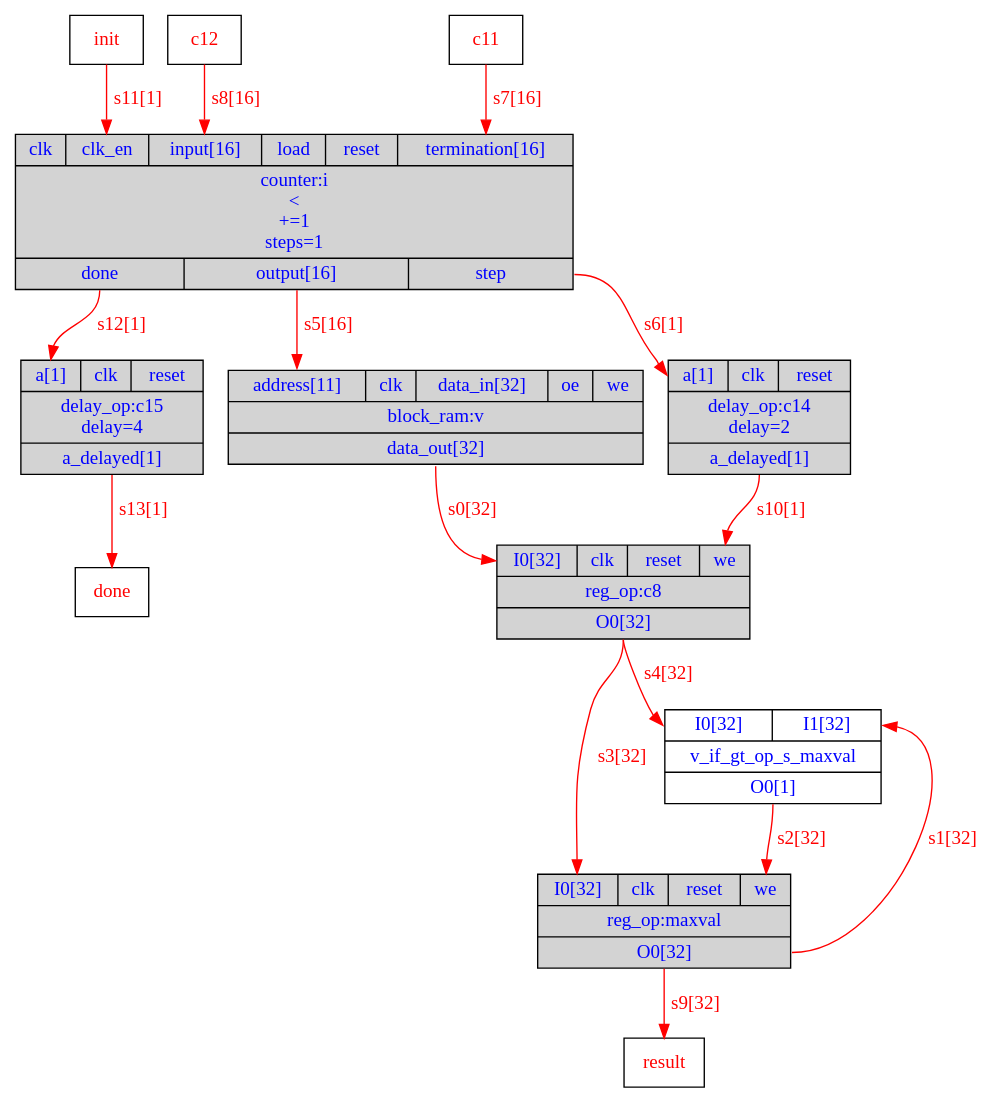
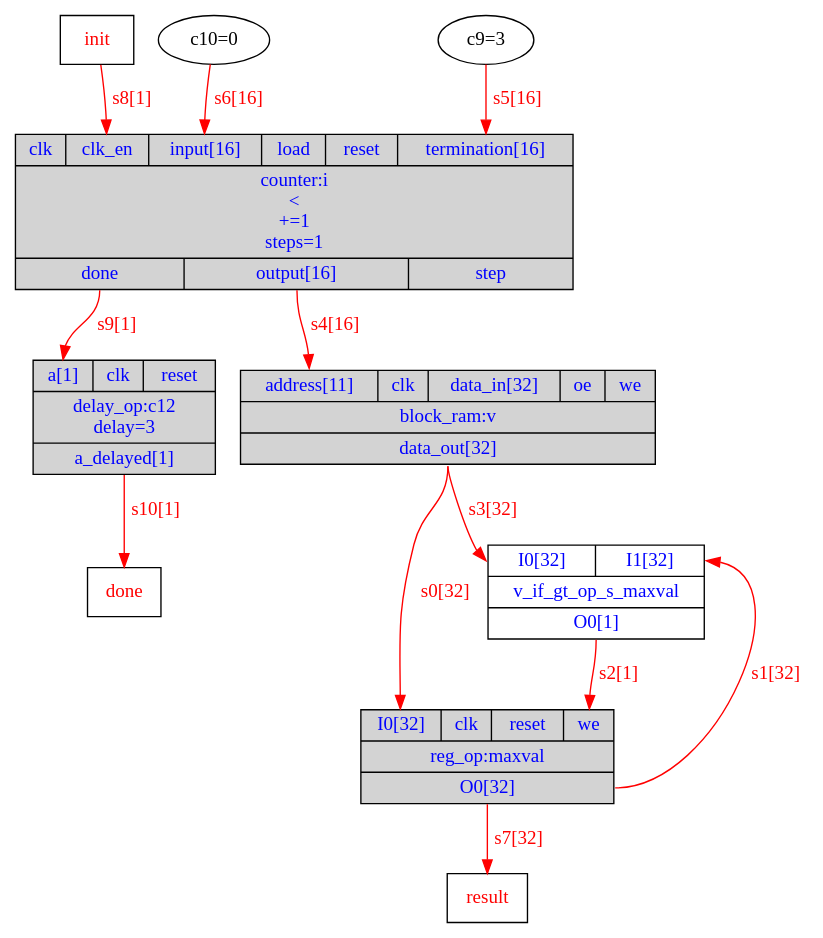
Before and after one commit to menotti/lalp: the diagram in Exemplos/max/DOT/Exemplo_HW.dot, drawn with Graphviz. The commit also changed 44 other files, not shown here.

```diff
--- a/Exemplos/max/DOT/Exemplo_HW.dot
+++ b/Exemplos/max/DOT/Exemplo_HW.dot
@@ -1,25 +1,20 @@
 digraph diagram {
 // Components (Nodes) 
 "i" [shape=record, fontcolor=blue, style="filled", fillcolor="lightgray", label="{{<clk>clk|<clk_en>clk_en|<input>input[16]|<load>load|<reset>reset|<termination>termination[16]}|counter:i\n\<\n+=1\nsteps=1|{<done>done|<output>output[16]|<step>step}}"]; 
 "v_if_gt_op_s_maxval" [shape=record, fontcolor=blue, label="{{<I0>I0[32]|<I1>I1[32]}|v_if_gt_op_s_maxval|{<O0>O0[1]}}"]; 
 "maxval" [shape=record, fontcolor=blue, style="filled", fillcolor="lightgray", label="{{<I0>I0[32]|<clk>clk|<reset>reset|<we>we}|reg_op:maxval|{<O0>O0[32]}}"]; 
 "v" [shape=record, fontcolor=blue, style="filled", fillcolor="lightgray", label="{{<address>address[11]|<clk>clk|<data_in>data_in[32]|<oe>oe|<we>we}|block_ram:v|{<data_out>data_out[32]}}"]; 
-"c8" [shape=record, fontcolor=blue, style="filled", fillcolor="lightgray", label="{{<I0>I0[32]|<clk>clk|<reset>reset|<we>we}|reg_op:c8|{<O0>O0[32]}}"]; 
-"init" [shape=msquare fontcolor=red label="init"]"done" [shape=msquare fontcolor=red label="done"]"c11" [shape=msquare fontcolor=red label="c11"]"c12" [shape=msquare fontcolor=red label="c12"]"result" [shape=msquare fontcolor=red label="result"]"c14" [shape=record, fontcolor=blue, style="filled", fillcolor="lightgray", label="{{<a>a[1]|<clk>clk|<reset>reset}|delay_op:c14\ndelay=2|{<a_delayed>a_delayed[1]}}"]; 
-"c15" [shape=record, fontcolor=blue, style="filled", fillcolor="lightgray", label="{{<a>a[1]|<clk>clk|<reset>reset}|delay_op:c15\ndelay=4|{<a_delayed>a_delayed[1]}}"]; 
+"init" [shape=msquare fontcolor=red label="init"]"done" [shape=msquare fontcolor=red label="done"]"c9" [fontcolor=b label="c9=3"]"c10" [fontcolor=b label="c10=0"]"result" [shape=msquare fontcolor=red label="result"]"c12" [shape=record, fontcolor=blue, style="filled", fillcolor="lightgray", label="{{<a>a[1]|<clk>clk|<reset>reset}|delay_op:c12\ndelay=3|{<a_delayed>a_delayed[1]}}"]; 
 // Signals (Edges) 
-"v":data_out -> "c8":I0[label="s0[32]" color=red fontcolor=red]; 
+"v":data_out -> "maxval":I0[label="s0[32]" color=red fontcolor=red]; 
 "maxval":O0 -> "v_if_gt_op_s_maxval":I1[label="s1[32]" color=red fontcolor=red]; 
-"v_if_gt_op_s_maxval":O0 -> "maxval":we[label="s2[32]" color=red fontcolor=red]; 
-"c8":O0 -> "maxval":I0[label="s3[32]" color=red fontcolor=red]; 
-"c8":O0 -> "v_if_gt_op_s_maxval":I0[label="s4[32]" color=red fontcolor=red]; 
-"i":output -> "v":address[label="s5[16]" color=red fontcolor=red]; 
-"i":step -> "c14":a[label="s6[1]" color=red fontcolor=red]; 
-"c11":out -> "i":termination[label="s7[16]" color=red fontcolor=red]; 
-"c12":out -> "i":input[label="s8[16]" color=red fontcolor=red]; 
-"maxval":O0 -> "result":in[label="s9[32]" color=red fontcolor=red]; 
-"c14":a_delayed -> "c8":we[label="s10[1]" color=red fontcolor=red]; 
-"init":out -> "i":clk_en[label="s11[1]" color=red fontcolor=red]; 
-"i":done -> "c15":a[label="s12[1]" color=red fontcolor=red]; 
-"c15":a_delayed -> "done":in[label="s13[1]" color=red fontcolor=red]; 
+"v_if_gt_op_s_maxval":O0 -> "maxval":we[label="s2[1]" color=red fontcolor=red]; 
+"v":data_out -> "v_if_gt_op_s_maxval":I0[label="s3[32]" color=red fontcolor=red]; 
+"i":output -> "v":address[label="s4[16]" color=red fontcolor=red]; 
+"c9":out -> "i":termination[label="s5[16]" color=red fontcolor=red]; 
+"c10":out -> "i":input[label="s6[16]" color=red fontcolor=red]; 
+"maxval":O0 -> "result":in[label="s7[32]" color=red fontcolor=red]; 
+"init":out -> "i":clk_en[label="s8[1]" color=red fontcolor=red]; 
+"i":done -> "c12":a[label="s9[1]" color=red fontcolor=red]; 
+"c12":a_delayed -> "done":in[label="s10[1]" color=red fontcolor=red]; 
 }
```
